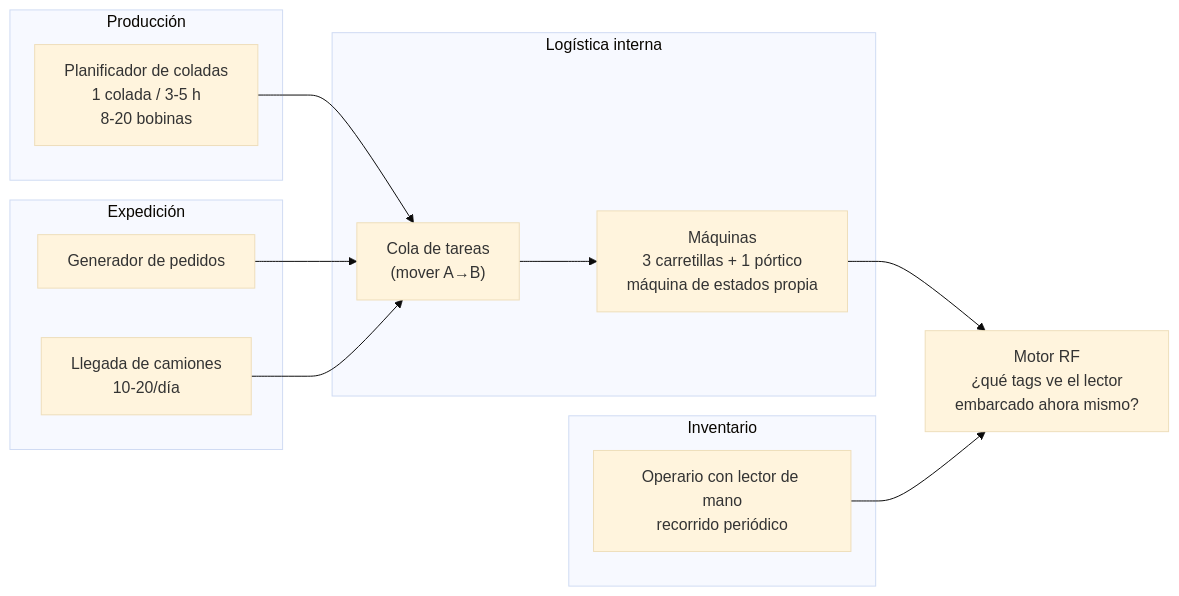
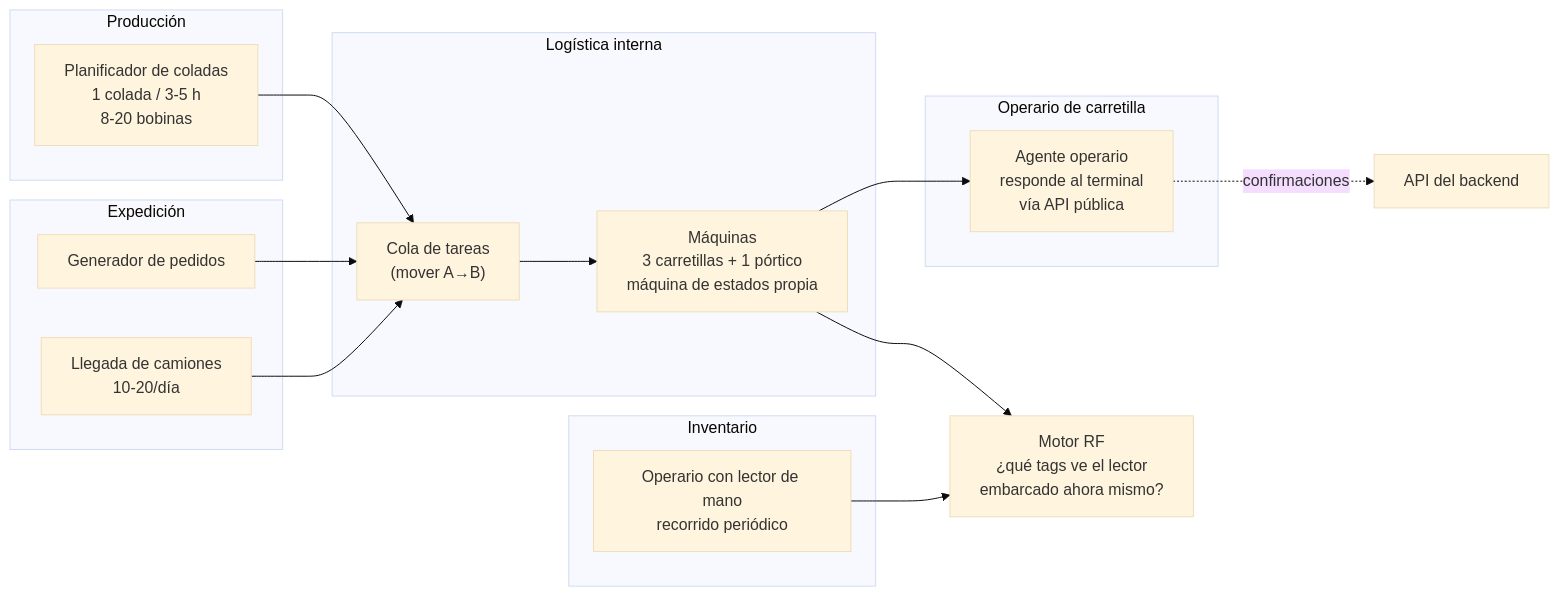
The diagram in docs/04-simulador.md (iburquijo/colados), drawn with Mermaid (base theme) before and after one commit. The commit also changed other lines of this file and 8 other files, not shown here.

````diff
--- a/docs/04-simulador.md
+++ b/docs/04-simulador.md
@@ -41,23 +44,28 @@
 ```mermaid
 flowchart LR
     subgraph PROD["Producción"]
         C["Planificador de coladas<br/>1 colada / 3-5 h<br/>8-20 bobinas"]
     end
     subgraph LOG["Logística interna"]
         Q["Cola de tareas<br/>(mover A→B)"]
         M["Máquinas<br/>3 carretillas + 1 pórtico<br/>máquina de estados propia"]
     end
     subgraph EXP["Expedición"]
         O["Generador de pedidos"]
         T["Llegada de camiones<br/>10-20/día"]
     end
     subgraph INV["Inventario"]
         H["Operario con lector de mano<br/>recorrido periódico"]
     end
+    subgraph OPE["Operario de carretilla"]
+        A["Agente operario<br/>responde al terminal<br/>vía API pública"]
+    end
     C --> Q
     O --> Q
     T --> Q
     Q --> M
+    M --> A
+    A -.->|"confirmaciones"| API["API del backend"]
     M --> RF["Motor RF<br/>¿qué tags ve el lector<br/>embarcado ahora mismo?"]
     H --> RF
 ```
````
